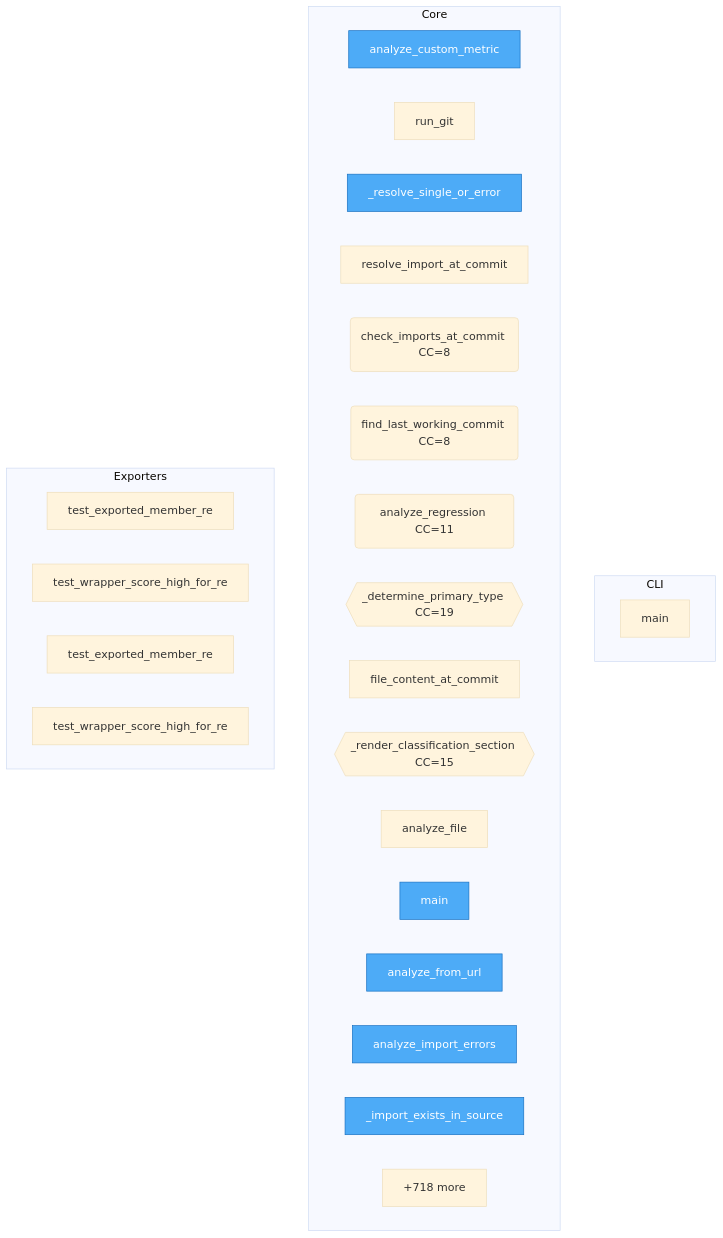
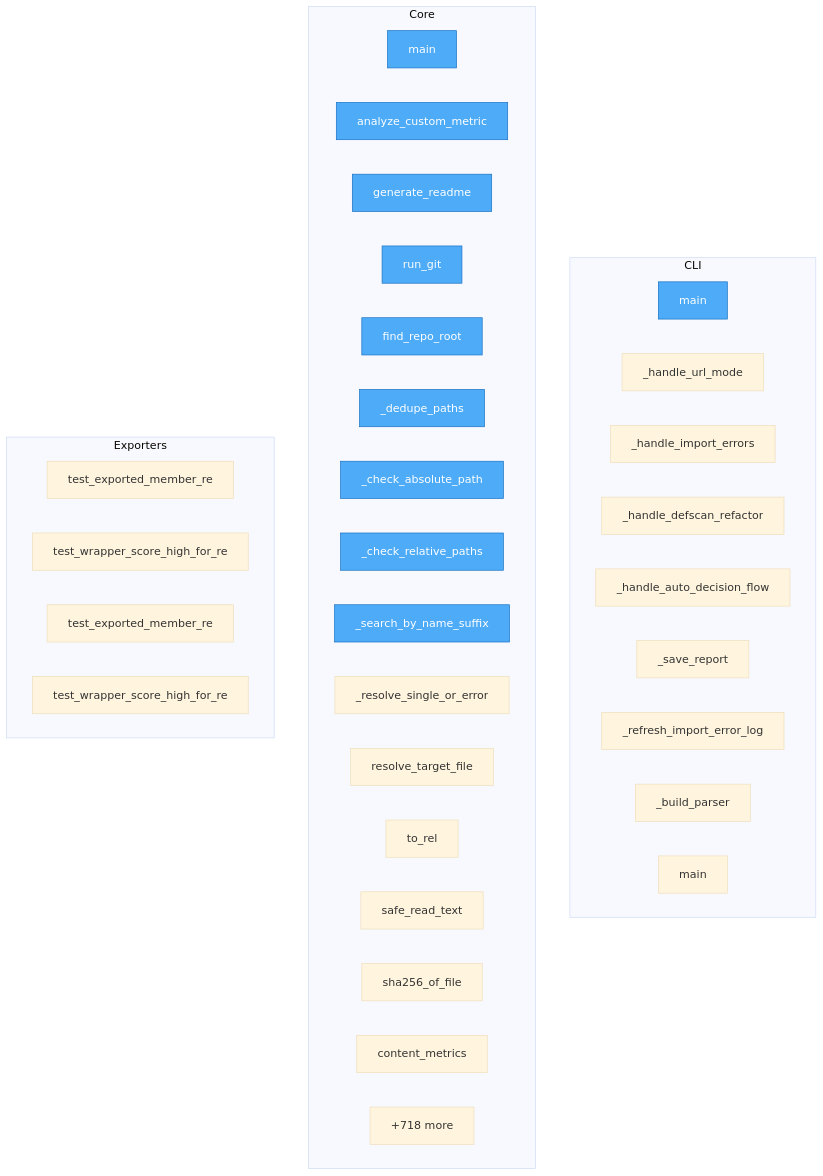
Before and after one commit to semcod/regres: the diagram in project/flow.mmd, drawn with Mermaid (base theme). The commit also changed 30 other files, not shown here.

```diff
--- a/project/flow.mmd
+++ b/project/flow.mmd
@@ -1,36 +1,44 @@
 flowchart TD
 
     %% Entry points (blue)
     classDef entry fill:#4dabf7,stroke:#1971c2,color:#fff
 
     subgraph CLI
         regres__regres_cli__main["main"]
+        regres__doctor_cli___handle_url_mode["_handle_url_mode"]
+        regres__doctor_cli___handle_import_errors["_handle_import_errors"]
+        regres__doctor_cli___handle_defscan_refactor["_handle_defscan_refactor"]
+        regres__doctor_cli___handle_auto_decision_flow["_handle_auto_decision_flow"]
+        regres__doctor_cli___save_report["_save_report"]
+        regres__doctor_cli___refresh_import_error_log["_refresh_import_error_log"]
+        regres__doctor_cli___build_parser["_build_parser"]
+        regres__doctor_cli__main["main"]
     end
 
     subgraph Core
+        regres__import_error_toon_report__main["main"]
         docs__DOCTOR__analyze_custom_metric["analyze_custom_metric"]
-        regres__regres__run_git["run_git"]
-        regres__regres___resolve_single_or_error["_resolve_single_or_error"]
-        regres__regres__resolve_import_at_commit["resolve_import_at_commit"]
-        regres__regres__check_imports_at_commit("check_imports_at_commit CC=8")
-        regres__regres__find_last_working_commit("find_last_working_commit CC=8")
-        regres__regres__analyze_regression("analyze_regression CC=11")
-        regres__regres___determine_primary_type{{_determine_primary_type CC=19}}
-        regres__regres__file_content_at_commit["file_content_at_commit"]
-        regres__regres___render_classification_section{{_render_classification_section CC=15}}
-        regres__regres__analyze_file["analyze_file"]
-        regres__regres__main["main"]
-        regres__doctor__DoctorOrchestrator__analyze_from_url["analyze_from_url"]
-        regres__doctor__DoctorOrchestrator__analyze_import_errors["analyze_import_errors"]
-        regres__doctor__DoctorOrchestrator___import_exists_in_source["_import_exists_in_source"]
+        docs__README__generate_readme["generate_readme"]
+        SUMR__run_git["run_git"]
+        SUMR__find_repo_root["find_repo_root"]
+        SUMR___dedupe_paths["_dedupe_paths"]
+        SUMR___check_absolute_path["_check_absolute_path"]
+        SUMR___check_relative_paths["_check_relative_paths"]
+        SUMR___search_by_name_suffix["_search_by_name_suffix"]
+        SUMR___resolve_single_or_error["_resolve_single_or_error"]
+        SUMR__resolve_target_file["resolve_target_file"]
+        SUMR__to_rel["to_rel"]
+        SUMR__safe_read_text["safe_read_text"]
+        SUMR__sha256_of_file["sha256_of_file"]
+        SUMR__content_metrics["content_metrics"]
         ...["+718 more"]
     end
 
     subgraph Exporters
+        SUMD__test_exported_member_re["test_exported_member_re"]
+        SUMD__test_wrapper_score_high_for_reexport["test_wrapper_score_high_for_re"]
         project__map__toon__test_exported_member_re["test_exported_member_re"]
         project__map__toon__test_wrapper_score_high_for_reexport["test_wrapper_score_high_for_re"]
-        SUMD__test_exported_member_re["test_exported_member_re"]
-        SUMD__test_wrapper_score_high_for_reexport["test_wrapper_score_high_for_re"]
     end
 
-    class docs__DOCTOR__analyze_custom_metric,regres__regres___resolve_single_or_error,regres__regres__main,regres__doctor__DoctorOrchestrator__analyze_from_url,regres__doctor__DoctorOrchestrator__analyze_import_errors,regres__doctor__DoctorOrchestrator___import_exists_in_source,regres__doctor__DoctorOrchestrator___resolve_alias_target,regres__doctor__DoctorOrchestrator___parse_ts_errors,regres__doctor__DoctorOrchestrator___extract_missing_modules,regres__doctor__DoctorOrchestrator___diagnose_import_issue entry
+    class regres__import_error_toon_report__main,regres__regres_cli__main,docs__DOCTOR__analyze_custom_metric,docs__README__generate_readme,SUMR__run_git,SUMR__find_repo_root,SUMR___dedupe_paths,SUMR___check_absolute_path,SUMR___check_relative_paths,SUMR___search_by_name_suffix entry
```
